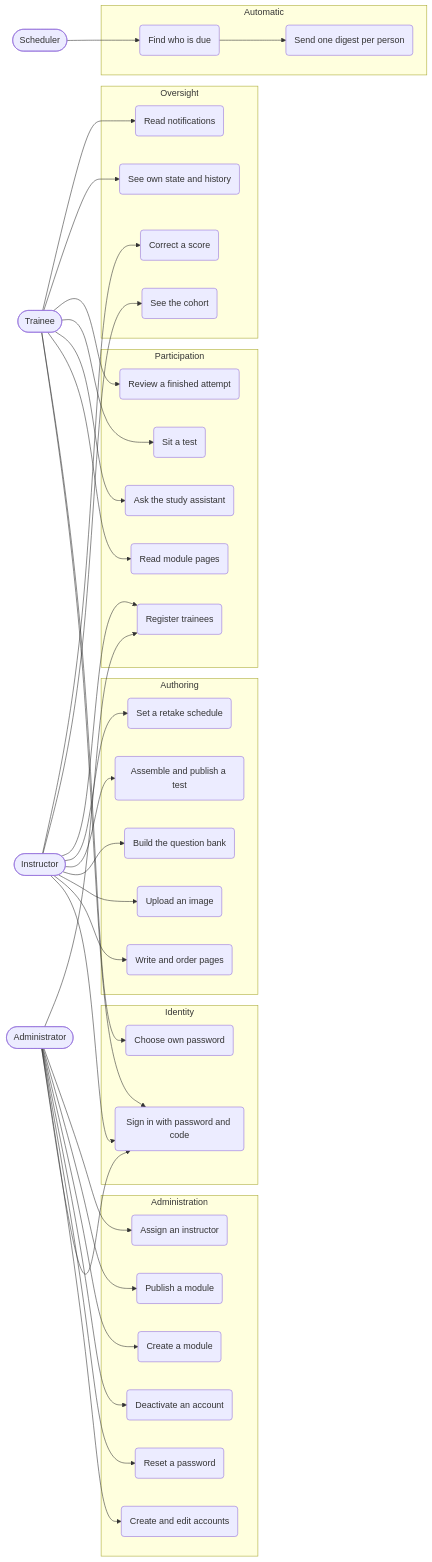
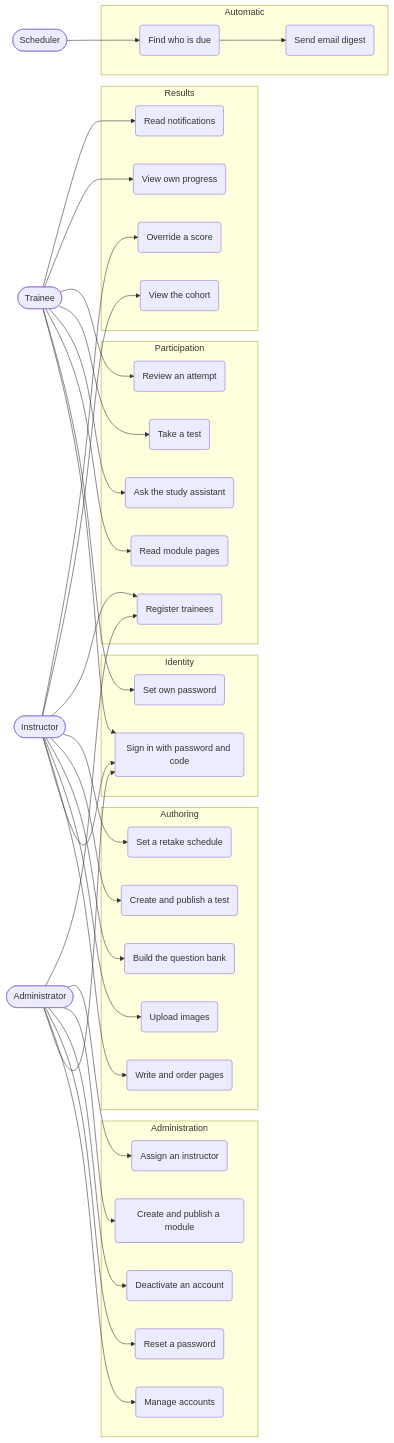
The second of 10 diagrams in docs/system-analysis-and-design.md (xTurki/awarness_project), drawn with Mermaid before and after one commit. The commit also changed other lines of this file and 147 other files, not shown here.

````diff
--- a/docs/system-analysis-and-design.md
+++ b/docs/system-analysis-and-design.md
@@ -140,54 +97,53 @@
 ```mermaid
 flowchart LR
     ADMIN([Administrator])
     INST([Instructor])
     TRAIN([Trainee])
     SCHED([Scheduler])
 
     subgraph Identity
         UC1(Sign in with password and code)
-        UC2(Choose own password)
+        UC2(Set own password)
     end
 
     subgraph Administration
-        UC3(Create and edit accounts)
+        UC3(Manage accounts)
         UC4(Reset a password)
         UC5(Deactivate an account)
-        UC6(Create a module)
-        UC7(Publish a module)
-        UC8(Assign an instructor)
+        UC6(Create and publish a module)
+        UC7(Assign an instructor)
     end
 
     subgraph Authoring
-        UC9(Write and order pages)
-        UC10(Upload an image)
-        UC11(Build the question bank)
-        UC12(Assemble and publish a test)
-        UC13(Set a retake schedule)
+        UC8(Write and order pages)
+        UC9(Upload images)
+        UC10(Build the question bank)
+        UC11(Create and publish a test)
+        UC12(Set a retake schedule)
     end
 
     subgraph Participation
-        UC14(Register trainees)
-        UC15(Read module pages)
-        UC16(Ask the study assistant)
-        UC17(Sit a test)
-        UC18(Review a finished attempt)
+        UC13(Register trainees)
+        UC14(Read module pages)
+        UC15(Ask the study assistant)
+        UC16(Take a test)
+        UC17(Review an attempt)
     end
 
-    subgraph Oversight
-        UC19(See own state and history)
-        UC20(See the cohort)
-        UC21(Correct a score)
-        UC22(Read notifications)
+    subgraph Results
+        UC18(View own progress)
+        UC19(View the cohort)
+        UC20(Override a score)
+        UC21(Read notifications)
     end
 
     subgraph Automatic
-        UC23(Find who is due)
-        UC24(Send one digest per person)
+        UC22(Find who is due)
+        UC23(Send email digest)
     end
 
-    ADMIN --> UC1 & UC3 & UC4 & UC5 & UC6 & UC7 & UC8 & UC14
-    INST --> UC1 & UC9 & UC10 & UC11 & UC12 & UC13 & UC14 & UC20 & UC21
-    TRAIN --> UC1 & UC2 & UC15 & UC16 & UC17 & UC18 & UC19 & UC22
-    SCHED --> UC23 --> UC24
+    ADMIN --> UC1 & UC3 & UC4 & UC5 & UC6 & UC7 & UC13
+    INST --> UC1 & UC8 & UC9 & UC10 & UC11 & UC12 & UC13 & UC19 & UC20
+    TRAIN --> UC1 & UC2 & UC14 & UC15 & UC16 & UC17 & UC18 & UC21
+    SCHED --> UC22 --> UC23
 ```
````
